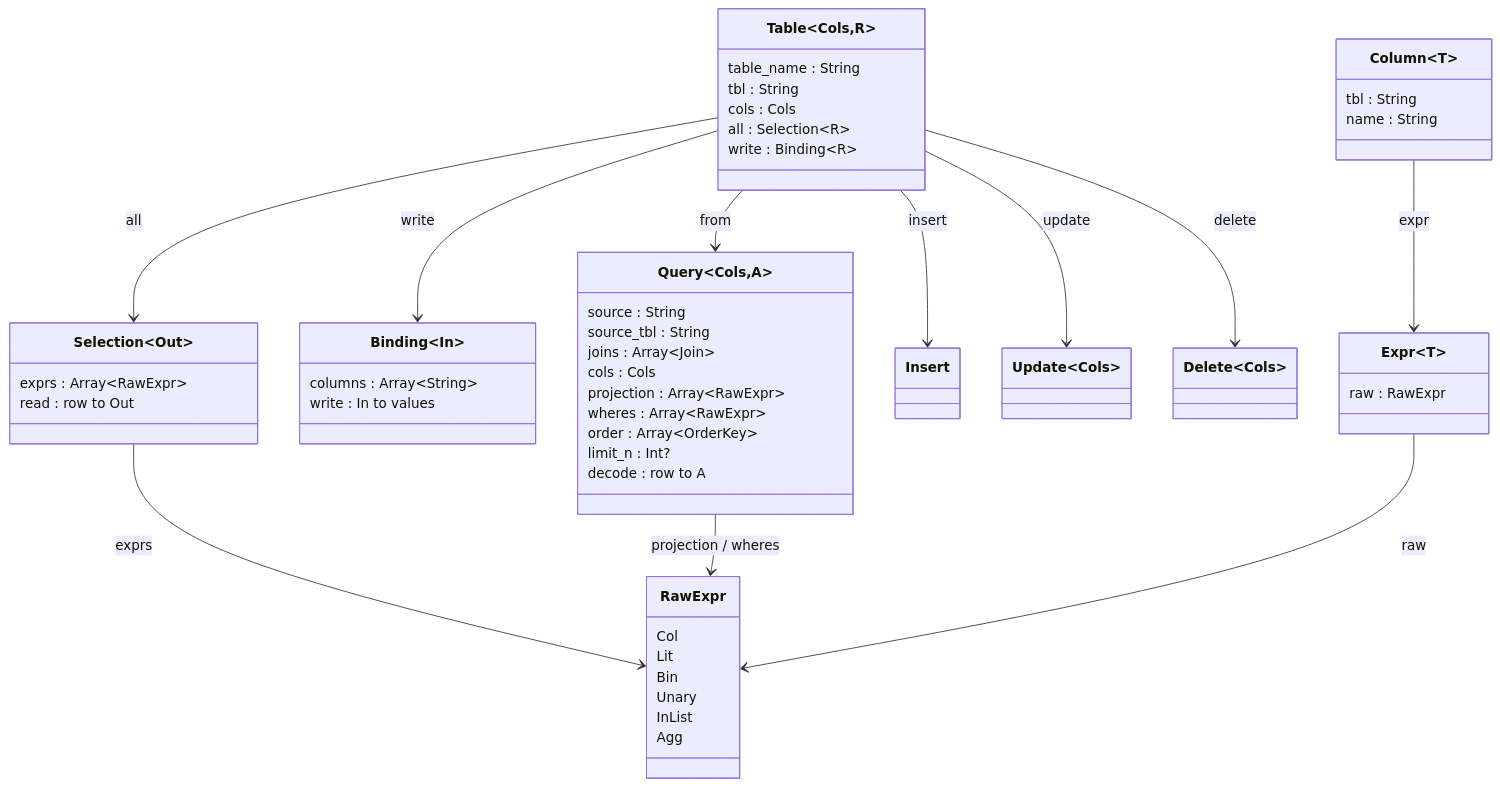
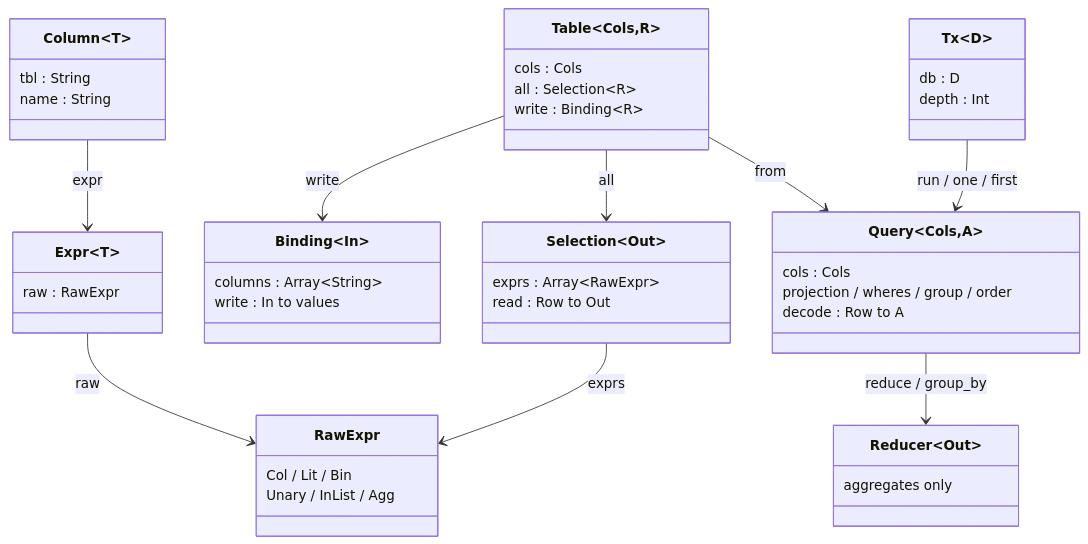
One commit to Allianaab2m/aya-orm changed the diagram in README_ja.md. Above: the diagram before and after it, drawn with Mermaid. The commit also changed other lines of this file and 55 other files, not shown here.

````diff
--- a/README_ja.md
+++ b/README_ja.md
@@ -102,58 +100,48 @@
 ```mermaid
 classDiagram
     class Table~Cols,R~ {
-        table_name : String
-        tbl : String
         cols : Cols
         all : Selection~R~
         write : Binding~R~
     }
     class Selection~Out~ {
         exprs : Array~RawExpr~
-        read : row to Out
+        read : Row to Out
     }
     class Binding~In~ {
         columns : Array~String~
         write : In to values
     }
     class Query~Cols,A~ {
-        source : String
-        source_tbl : String
-        joins : Array~Join~
         cols : Cols
-        projection : Array~RawExpr~
-        wheres : Array~RawExpr~
-        order : Array~OrderKey~
-        limit_n : Int?
-        decode : row to A
+        projection / wheres / group / order
+        decode : Row to A
+    }
+    class Reducer~Out~ {
+        aggregates only
     }
     class Column~T~ {
         tbl : String
         name : String
     }
     class Expr~T~ {
         raw : RawExpr
     }
+    class Tx~D~ {
+        db : D
+        depth : Int
+    }
     class RawExpr {
-        Col
-        Lit
-        Bin
-        Unary
-        InList
-        Agg
+        Col / Lit / Bin
+        Unary / InList / Agg
     }
-    class Insert
-    class Update~Cols~
-    class Delete~Cols~
 
     Table --> Selection : all
     Table --> Binding : write
     Table --> Query : from
-    Table --> Insert : insert
-    Table --> Update : update
-    Table --> Delete : delete
-    Query --> RawExpr : projection / wheres
-    Selection --> RawExpr : exprs
+    Query --> Reducer : reduce / group_by
     Column --> Expr : expr
     Expr --> RawExpr : raw
+    Selection --> RawExpr : exprs
+    Tx --> Query : run / one / first
 ```
````
